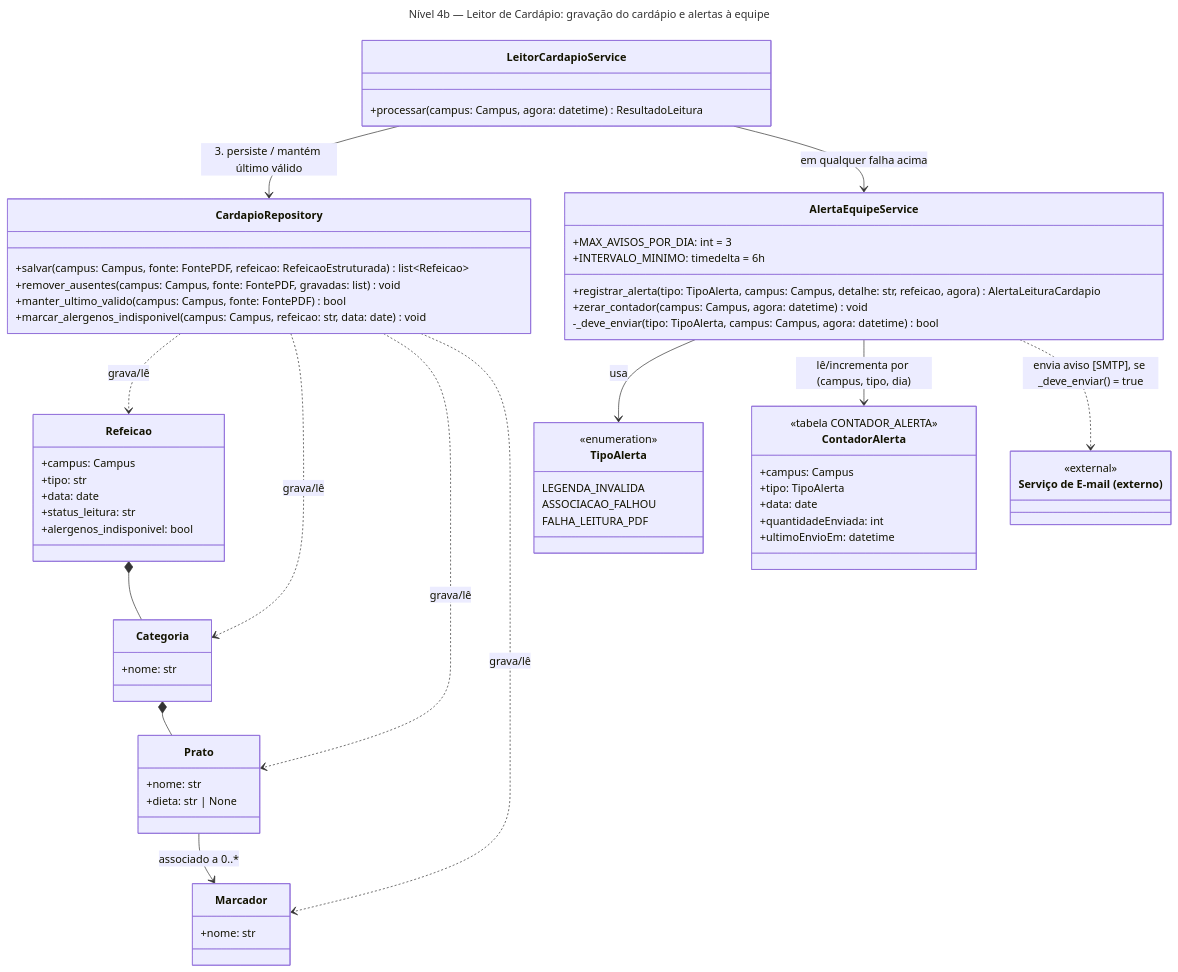
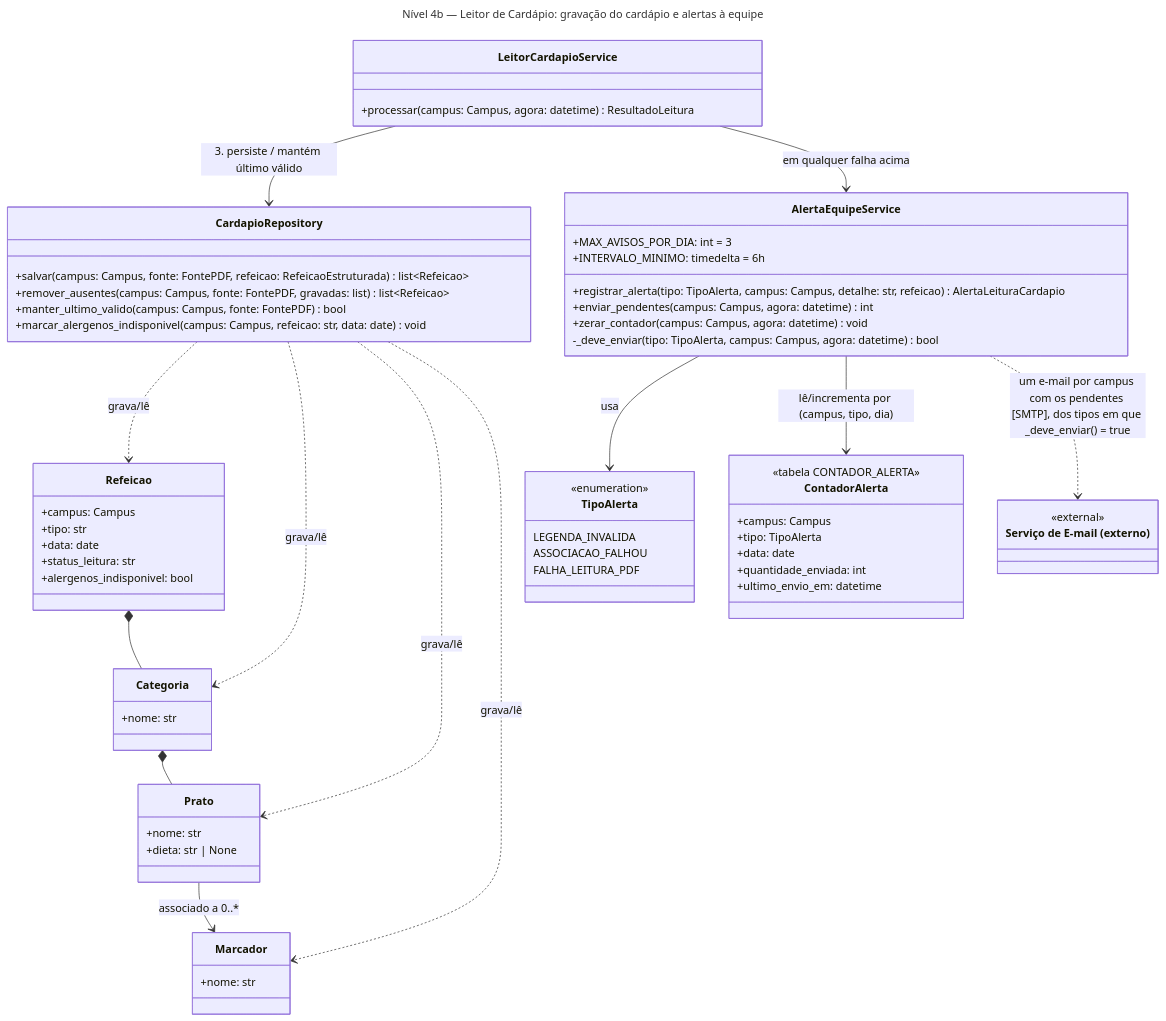
The second of 3 diagrams in docs/arquitetura/backend/c4-nivel-4-leitor-cardapio.md (unb-mds/2026-2-Bandejao-UnB), drawn with Mermaid before and after one commit. The commit also changed other lines of this file and 4 other files, not shown here.

````diff
--- a/docs/arquitetura/backend/c4-nivel-4-leitor-cardapio.md
+++ b/docs/arquitetura/backend/c4-nivel-4-leitor-cardapio.md
@@ -182,69 +184,70 @@
 ```mermaid
 ---
 title: "Nível 4b — Leitor de Cardápio: gravação do cardápio e alertas à equipe"
 ---
 classDiagram
   class LeitorCardapioService {
     +processar(campus: Campus, agora: datetime) ResultadoLeitura
   }
   class CardapioRepository {
     +salvar(campus: Campus, fonte: FontePDF, refeicao: RefeicaoEstruturada) list~Refeicao~
-    +remover_ausentes(campus: Campus, fonte: FontePDF, gravadas: list) void
+    +remover_ausentes(campus: Campus, fonte: FontePDF, gravadas: list) list~Refeicao~
     +manter_ultimo_valido(campus: Campus, fonte: FontePDF) bool
     +marcar_alergenos_indisponivel(campus: Campus, refeicao: str, data: date) void
   }
   class Refeicao {
     +campus: Campus
     +tipo: str
     +data: date
     +status_leitura: str
     +alergenos_indisponivel: bool
   }
   class Categoria {
     +nome: str
   }
   class Prato {
     +nome: str
     +dieta: str | None
   }
   class Marcador {
     +nome: str
   }
   class AlertaEquipeService {
-    +registrar_alerta(tipo: TipoAlerta, campus: Campus, detalhe: str, refeicao, agora) AlertaLeituraCardapio
+    +registrar_alerta(tipo: TipoAlerta, campus: Campus, detalhe: str, refeicao) AlertaLeituraCardapio
+    +enviar_pendentes(campus: Campus, agora: datetime) int
     +zerar_contador(campus: Campus, agora: datetime) void
     -_deve_enviar(tipo: TipoAlerta, campus: Campus, agora: datetime) bool
     +MAX_AVISOS_POR_DIA: int = 3
     +INTERVALO_MINIMO: timedelta = 6h
   }
   class TipoAlerta {
     <<enumeration>>
     LEGENDA_INVALIDA
     ASSOCIACAO_FALHOU
     FALHA_LEITURA_PDF
   }
   class ContadorAlerta {
     <<tabela CONTADOR_ALERTA>>
     +campus: Campus
     +tipo: TipoAlerta
     +data: date
-    +quantidadeEnviada: int
-    +ultimoEnvioEm: datetime
+    +quantidade_enviada: int
+    +ultimo_envio_em: datetime
   }
   class EmailSvc["Serviço de E-mail (externo)"] {
     <<external>>
   }
 
   LeitorCardapioService --> CardapioRepository : 3. persiste / mantém último válido
   LeitorCardapioService --> AlertaEquipeService : em qualquer falha acima
   AlertaEquipeService --> TipoAlerta : usa
   AlertaEquipeService --> ContadorAlerta : lê/incrementa por (campus, tipo, dia)
-  AlertaEquipeService ..> EmailSvc : envia aviso [SMTP], se _deve_enviar() = true
+  AlertaEquipeService ..> EmailSvc : um e-mail por campus com os pendentes [SMTP], dos tipos em que _deve_enviar() = true
   CardapioRepository ..> Refeicao : grava/lê
   CardapioRepository ..> Categoria : grava/lê
   CardapioRepository ..> Prato : grava/lê
   CardapioRepository ..> Marcador : grava/lê
   Refeicao *-- Categoria
   Categoria *-- Prato
   Prato --> Marcador : associado a 0..*
 ```
````
